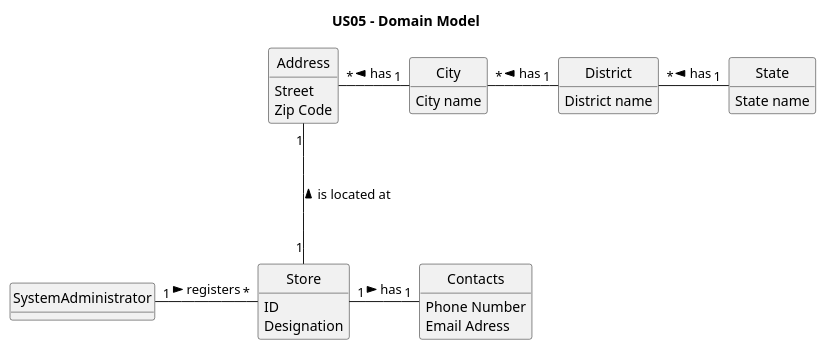
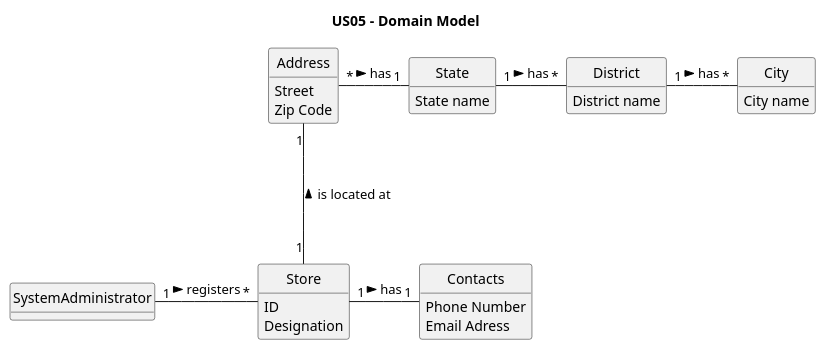
The diagram in docs/sprintB/US05/02.analysis/puml/us05-domain-model.puml (PureNimble/ISEP-LAPR2), drawn with PlantUML before and after one commit. The commit also changed 11 other files, not shown here.

```diff
--- a/docs/sprintB/US05/02.analysis/puml/us05-domain-model.puml
+++ b/docs/sprintB/US05/02.analysis/puml/us05-domain-model.puml
@@ -1,51 +1,51 @@
 @startuml
 
 title US05 - Domain Model
 
 skinparam groupInheritance 2
 skinparam monochrome true
 skinparam packageStyle rectangle
 skinparam shadowing false
 skinparam classAttributeIconSize 0
 hide circle
 hide methods
 
 class SystemAdministrator {
 
 }
 
 class Contacts {
     Phone Number
     Email Adress
 }
 
 class Store {
     ID
     Designation
 }
 
 class State {
     State name
 }
 
 class District {
     District name
 }
 
 class City {
     City name
 }
 
 class Address {
     Street
     Zip Code
 }
 
 Store "1" -up-- "1" Address: is located at >
 Store "1" -right-- "1" Contacts: has >
 SystemAdministrator "1" -right-- "*" Store: registers >
-State "1" -left-- "*" District : has >
-District "1" -left-- "*" City : has >
-City "1" -left-- "*" Address : has >
+State "1" -right-- "*" District : has >
+District "1" -right-- "*" City : has >
+Address "*" -right-- "1" State : has >
 
 @enduml
```
